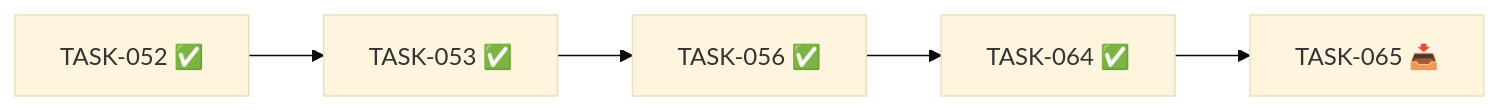
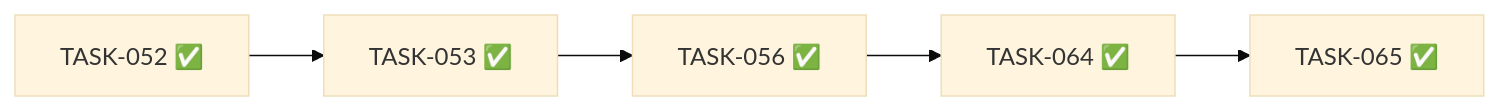
Before and after one commit to villarrealfx/fx_trad: the diagram in _docs/iterations/02-optimizacion-descarga/status.md, drawn with Mermaid (base theme). The commit also changed other lines of this file and 2 other files, not shown here.

Commit message:
docs: cierra TASK-065 en status, trazabilidad e interfaces (ruta critica 100%)

````diff
--- a/_docs/iterations/02-optimizacion-descarga/status.md
+++ b/_docs/iterations/02-optimizacion-descarga/status.md
@@ -72,7 +72,7 @@
 ```mermaid
 graph LR
   T052[TASK-052 ✅] --> T053[TASK-053 ✅]
   T053 --> T056[TASK-056 ✅]
   T056 --> T064[TASK-064 ✅]
-  T064 --> T065[TASK-065 📥]
+  T064 --> T065[TASK-065 ✅]
 ```
````
